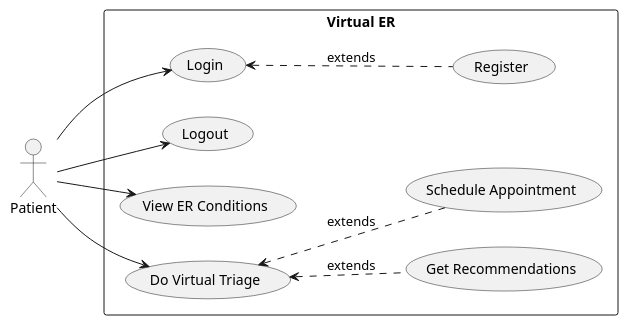
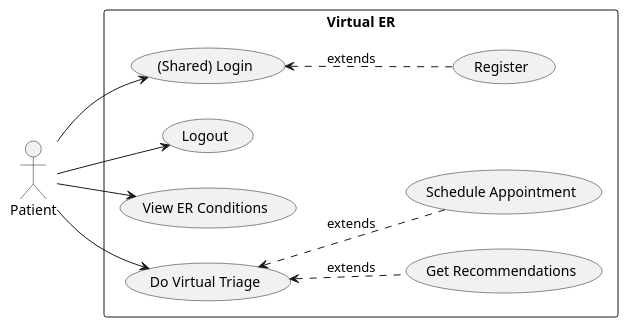
One commit to SENG-350-2024-fall/Group2 changed the diagram in milestone_1/use_case_diagrams/patient.puml. Above: the diagram before and after it, drawn with PlantUML.

Commit message:
edit puml

```diff
--- a/milestone_1/use_case_diagrams/patient.puml
+++ b/milestone_1/use_case_diagrams/patient.puml
@@ -1,20 +1,20 @@
 @startuml Patient Use Case Diagram
 left to right direction
 :Patient: as p
 rectangle "Virtual ER" {
-  (Login) as login
+  usecase "(Shared) Login" as login
   (Register) as reg
   (Logout) as logout
   (View ER Conditions) as view_er
   (Do Virtual Triage) as triage
   (Get Recommendations) as get_rec
   (Schedule Appointment) as schedule
 }
 p --> login
 p --> logout
 p --> view_er
 p --> triage
 login <.. reg : extends
 triage <.. get_rec: extends
 triage <.. schedule : extends
 @enduml
```
